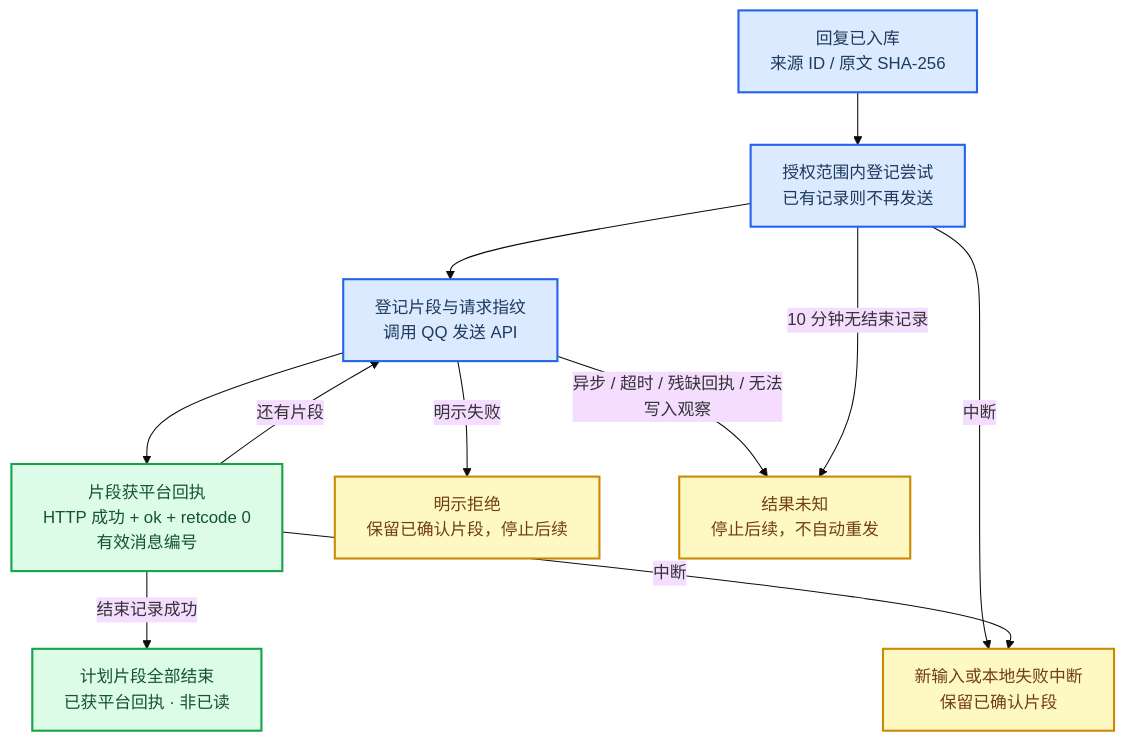
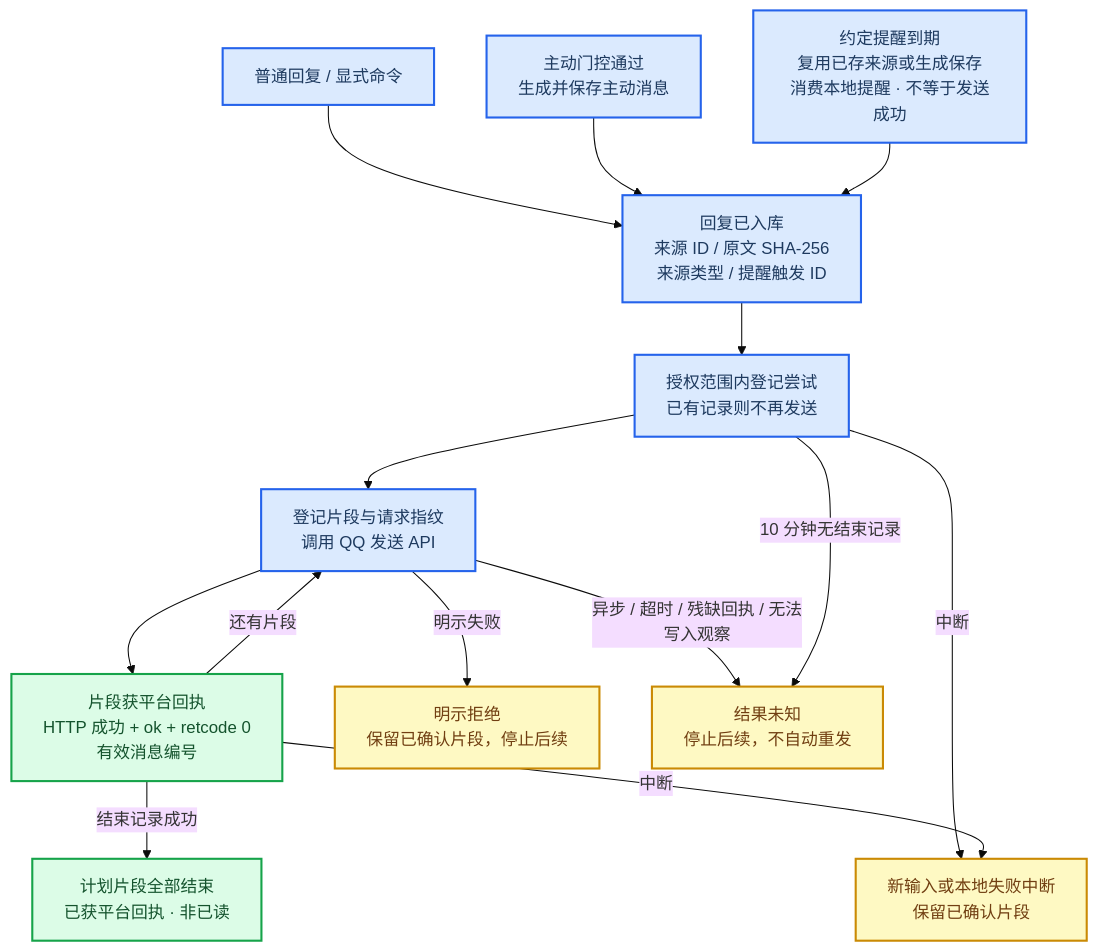
The third of 3 diagrams in docs/ARCHITECTURE.md (korose523/AIJADE), drawn with Mermaid (base theme) before and after one commit. The commit also changed other lines of this file and 47 other files, not shown here.

Commit message:
Track proactive QQ messages and reminders in shared delivery records

````diff
--- a/docs/ARCHITECTURE.md
+++ b/docs/ARCHITECTURE.md
@@ -101,29 +101,35 @@
 ```mermaid
 flowchart TB
     accTitle: Source-linked QQ delivery observations
-    accDescr: A stored reply reserves a retained attempt and records each request before dispatch. Valid acknowledgements permit another part. Rejections, uncertain results and new-input interruptions stop later sends. A platform acknowledgement does not establish recipient delivery or reading.
-    stored_reply["回复已入库<br/>来源 ID / 原文 SHA-256"]
+    accDescr: Ordinary replies, gated first lines and due reminders retain their stored identities and reserve an attempt before dispatch. Reminder generation consumes a local promise separately from platform acceptance. Valid acknowledgements permit another part; rejections and unknown outcomes stop later sends. Acceptance does not establish recipient delivery or reading.
+    reply_origin["普通回复 / 显式命令"]
+    initiative_origin["主动门控通过<br/>生成并保存主动消息"]
+    reminder_origin["约定提醒到期<br/>复用已存来源或生成保存<br/>消费本地提醒 · 不等于发送成功"]
+    stored_reply["回复已入库<br/>来源 ID / 原文 SHA-256<br/>来源类型 / 提醒触发 ID"]
     prepared["授权范围内登记尝试<br/>已有记录则不再发送"]
     dispatched["登记片段与请求指纹<br/>调用 QQ 发送 API"]
     part_ack["片段获平台回执<br/>HTTP 成功 + ok + retcode 0<br/>有效消息编号"]
     completed["计划片段全部结束<br/>已获平台回执 · 非已读"]
     rejected["明示拒绝<br/>保留已确认片段，停止后续"]
     unknown["结果未知<br/>停止后续，不自动重发"]
     interrupted["新输入或本地失败中断<br/>保留已确认片段"]
+    reply_origin --> stored_reply
+    initiative_origin --> stored_reply
+    reminder_origin --> stored_reply
     stored_reply --> prepared
     prepared --> dispatched
     dispatched --> part_ack
     part_ack -->|"还有片段"| dispatched
     part_ack -->|"结束记录成功"| completed
     dispatched -->|"明示失败"| rejected
     dispatched -->|"异步 / 超时 / 残缺回执 / 无法写入观察"| unknown
     prepared -->|"10 分钟无结束记录"| unknown
     prepared -->|"中断"| interrupted
     part_ack -->|"中断"| interrupted
     classDef active fill:#dbeafe,stroke:#2563eb,stroke-width:2px,color:#1e3a5f
     classDef accepted fill:#dcfce7,stroke:#16a34a,stroke-width:2px,color:#14532d
     classDef stopped fill:#fef9c3,stroke:#ca8a04,stroke-width:2px,color:#713f12
-    class stored_reply,prepared,dispatched active
+    class reply_origin,initiative_origin,reminder_origin,stored_reply,prepared,dispatched active
     class part_ack,completed accepted
     class rejected,unknown,interrupted stopped
 ```
````
